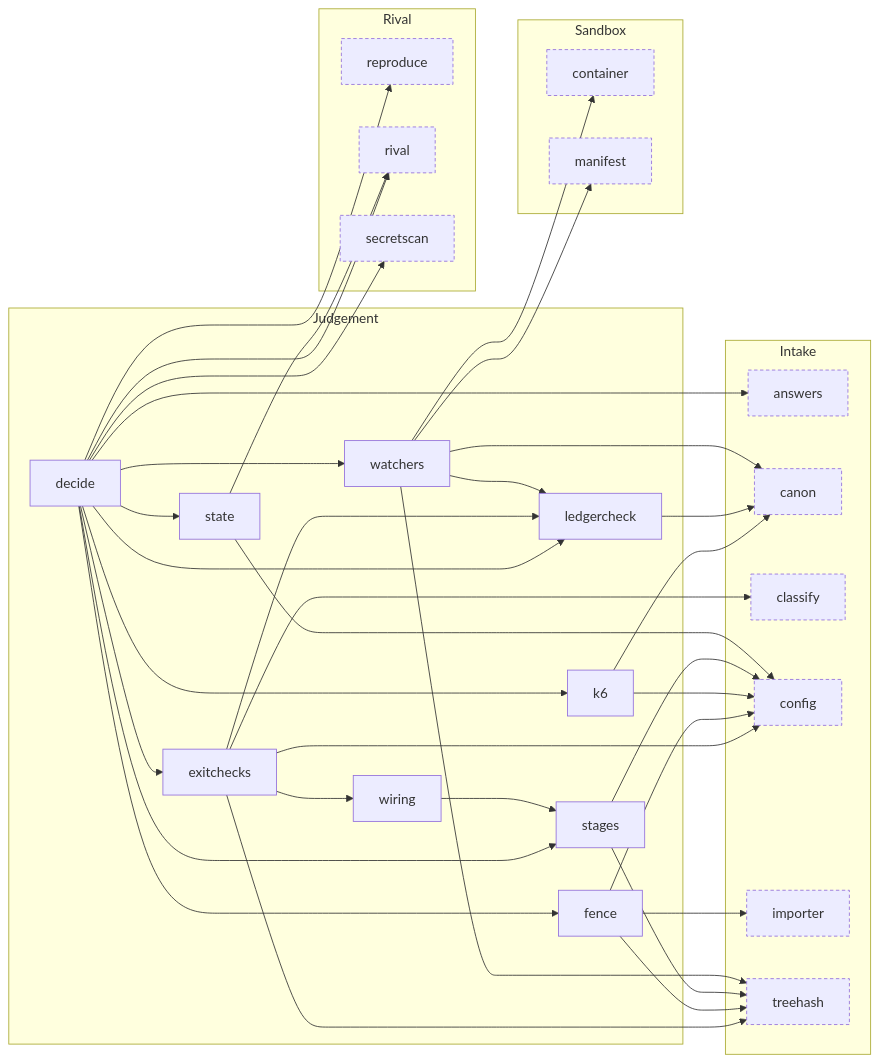
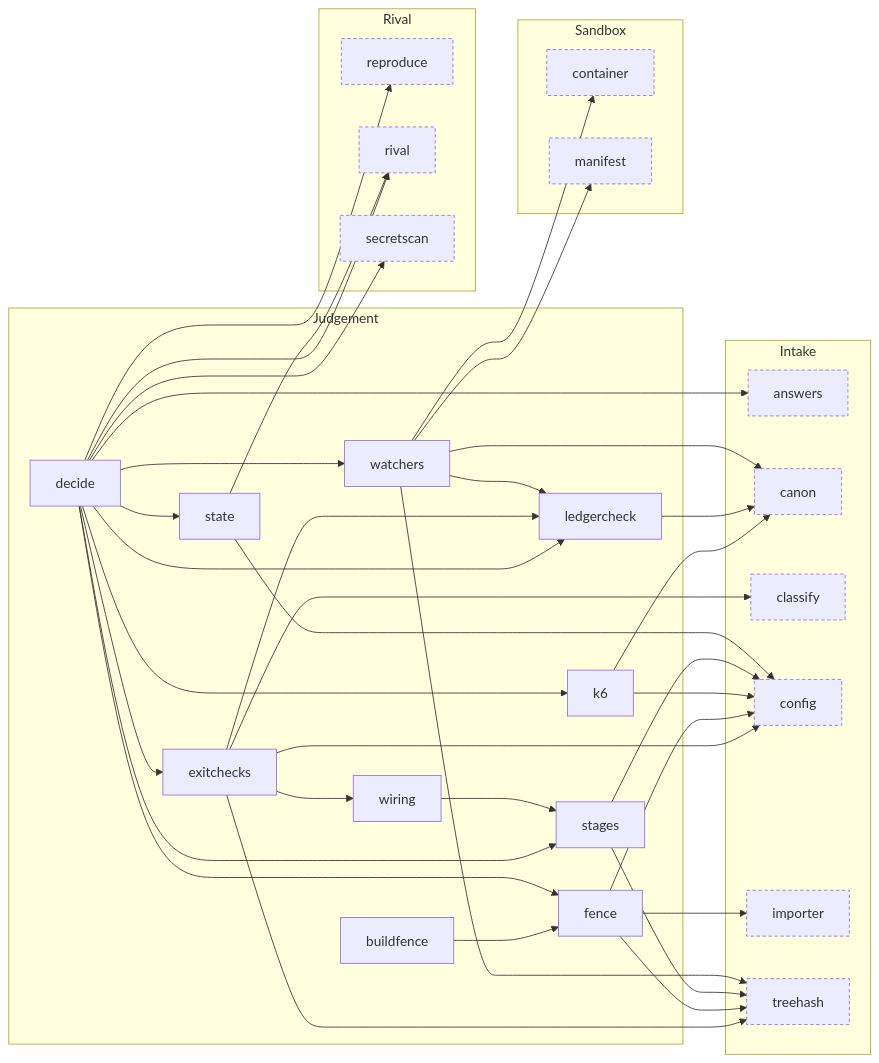
The seventh of 8 diagrams in docs/harita.md (Okan-wqm/snowball-mcp), drawn with Mermaid before and after one commit. The commit also changed other lines of this file and 20 other files, not shown here.

````diff
--- a/docs/harita.md
+++ b/docs/harita.md
@@ -363,64 +363,66 @@
 ```mermaid
 flowchart LR
   subgraph a_Judgement["Judgement"]
+    m_buildfence["buildfence"]
     m_decide["decide"]
     m_exitchecks["exitchecks"]
     m_fence["fence"]
     m_k6["k6"]
     m_ledgercheck["ledgercheck"]
     m_stages["stages"]
     m_state["state"]
     m_watchers["watchers"]
     m_wiring["wiring"]
   end
   subgraph a_Intake["Intake"]
     m_answers["answers"]:::outside
     m_canon["canon"]:::outside
     m_classify["classify"]:::outside
     m_config["config"]:::outside
     m_importer["importer"]:::outside
     m_treehash["treehash"]:::outside
   end
   subgraph a_Rival["Rival"]
     m_reproduce["reproduce"]:::outside
     m_rival["rival"]:::outside
     m_secretscan["secretscan"]:::outside
   end
   subgraph a_Sandbox["Sandbox"]
     m_container["container"]:::outside
     m_manifest["manifest"]:::outside
   end
+  m_buildfence --> m_fence
   m_decide --> m_answers
   m_decide --> m_exitchecks
   m_decide --> m_fence
   m_decide --> m_k6
   m_decide --> m_ledgercheck
   m_decide --> m_reproduce
   m_decide --> m_rival
   m_decide --> m_secretscan
   m_decide --> m_stages
   m_decide --> m_state
   m_decide --> m_watchers
   m_exitchecks --> m_classify
   m_exitchecks --> m_config
   m_exitchecks --> m_ledgercheck
   m_exitchecks --> m_treehash
   m_exitchecks --> m_wiring
   m_fence --> m_config
   m_fence --> m_importer
   m_fence --> m_treehash
   m_k6 --> m_canon
   m_k6 --> m_config
   m_ledgercheck --> m_canon
   m_stages --> m_config
   m_stages --> m_treehash
   m_state --> m_config
   m_state --> m_rival
   m_watchers --> m_canon
   m_watchers --> m_container
   m_watchers --> m_ledgercheck
   m_watchers --> m_manifest
   m_watchers --> m_treehash
   m_wiring --> m_stages
   classDef outside stroke-dasharray: 4 3
 ```
````
